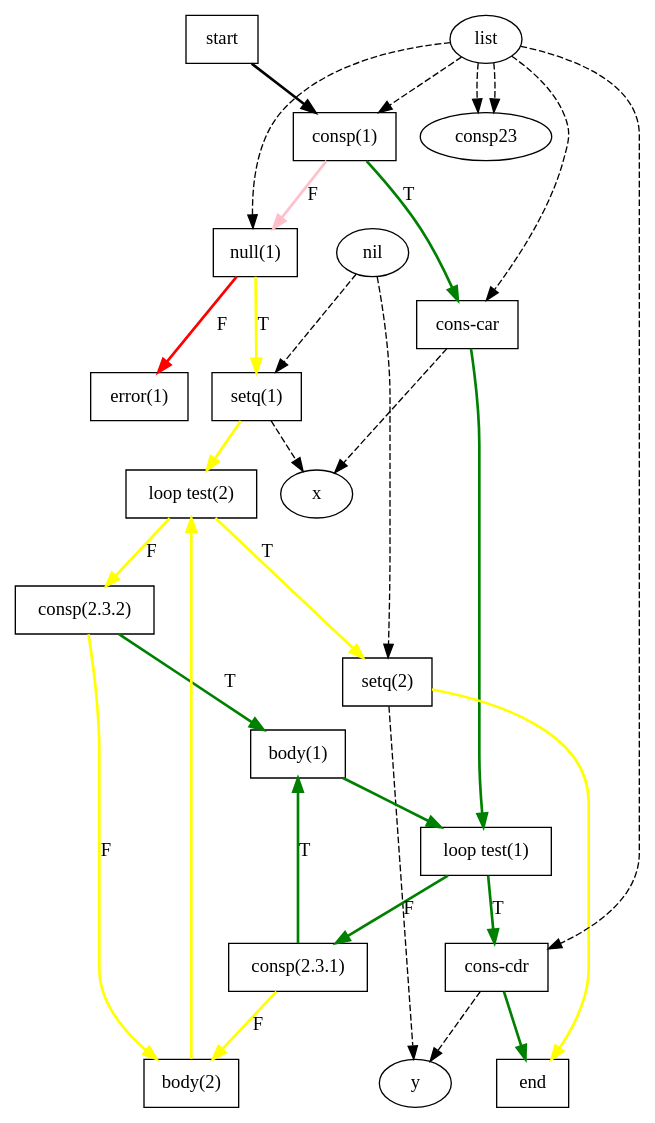
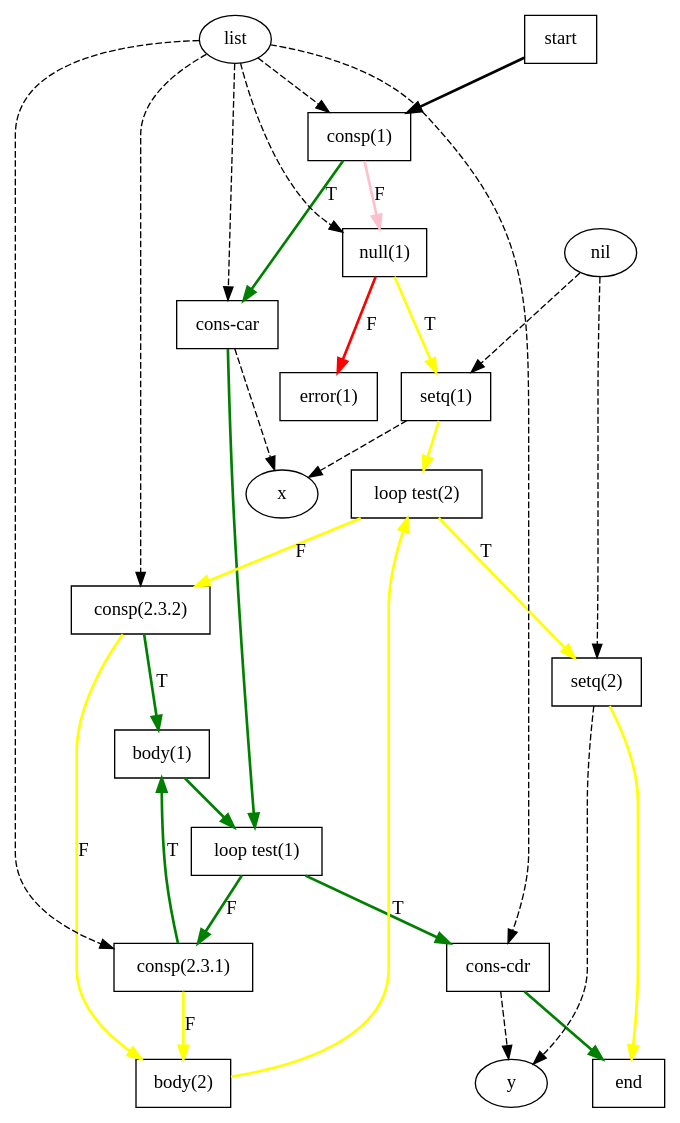
One commit to robert-strandh/SICL changed the diagram in Papers/Rewrite/redundant7.dot. Above: the diagram before and after it, drawn with Graphviz.

```diff
--- a/Papers/Rewrite/redundant7.dot
+++ b/Papers/Rewrite/redundant7.dot
@@ -1,58 +1,58 @@
 digraph G {
   start [label = "start", shape = box];
   end [label = "end", shape = box];
   consp1 [label = "consp(1)", shape = box];
   consp231 [label = "consp(2.3.1)", shape = box];
   consp232 [label = "consp(2.3.2)", shape = box];
   null1 [label = "null(1)", shape = box];
   conscar [label = "cons-car", shape = box];
   conscdr [label = "cons-cdr", shape = box];
   setq1 [label = "setq(1)", shape = box];
   setq2 [label = "setq(2)", shape = box];
   error1 [label = "error(1)", shape = box];
   looptest1 [label = "loop test(1)", shape = box];
   looptest2 [label = "loop test(2)", shape = box];
   body1 [label = "body(1)", shape = box];
   body2 [label = "body(2)", shape = box];
 
   list [label = "list", shape = ellipse];
   nil [label = "nil", shape = ellipse];
   x [label = "x", shape = ellipse];
   y [label = "y", shape = ellipse];
 
   list -> consp1 [style = dashed];
-  list -> consp23 [style = dashed];
-  list -> consp23 [style = dashed];
+  list -> consp231 [style = dashed];
+  list -> consp232 [style = dashed];
   list -> null1 [style = dashed];
   list -> conscar [style = dashed];
   list -> conscdr [style = dashed];
   nil -> setq1 [style = dashed];
   nil -> setq2 [style = dashed];
 
   conscar -> x [style = dashed];
   conscdr -> y [style = dashed];
   setq1 -> x [style = dashed];
   setq2 -> y [style = dashed];
 
   start -> consp1 [style = bold];
   consp1 -> conscar [style = bold, color = green, label = "T"];
   consp1 -> null1 [style = bold, color = pink, label = "F"];
   null1 -> setq1 [style = bold, color = yellow, label = "T"];
   null1 -> error1 [style = bold, color = red, label = "F"];
   conscar ->  looptest1 [style = bold, color = green];
   setq1 -> looptest2 [style = bold, color = yellow];
 
   looptest1 -> conscdr [style = bold, color = green, label = "T"];
   looptest1 -> consp231 [style = bold, color = green, label = "F"];
   looptest2 -> setq2 [style = bold, color = yellow, label = "T"];
   looptest2 -> consp232 [style = bold, color = yellow, label = "F"];
   body1 -> looptest1 [style = bold, color = green];
   body2 -> looptest2 [style = bold, color = yellow];
 
   consp231 -> body1 [style = bold, color = green, label = "T"];
   consp231 -> body2 [style = bold, color = yellow, label = "F"];
   consp232 -> body1 [style = bold, color = green, label = "T"];
   consp232 -> body2 [style = bold, color = yellow, label = "F"];
   conscdr -> end [style = bold, color = green];
   setq2 -> end [style = bold, color = yellow];
 }
```
